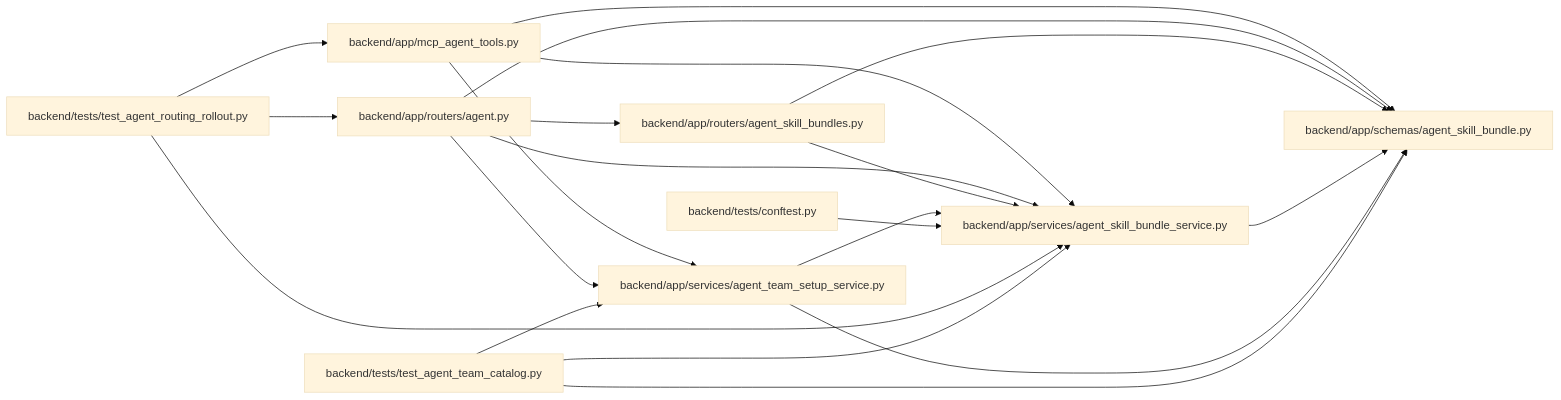
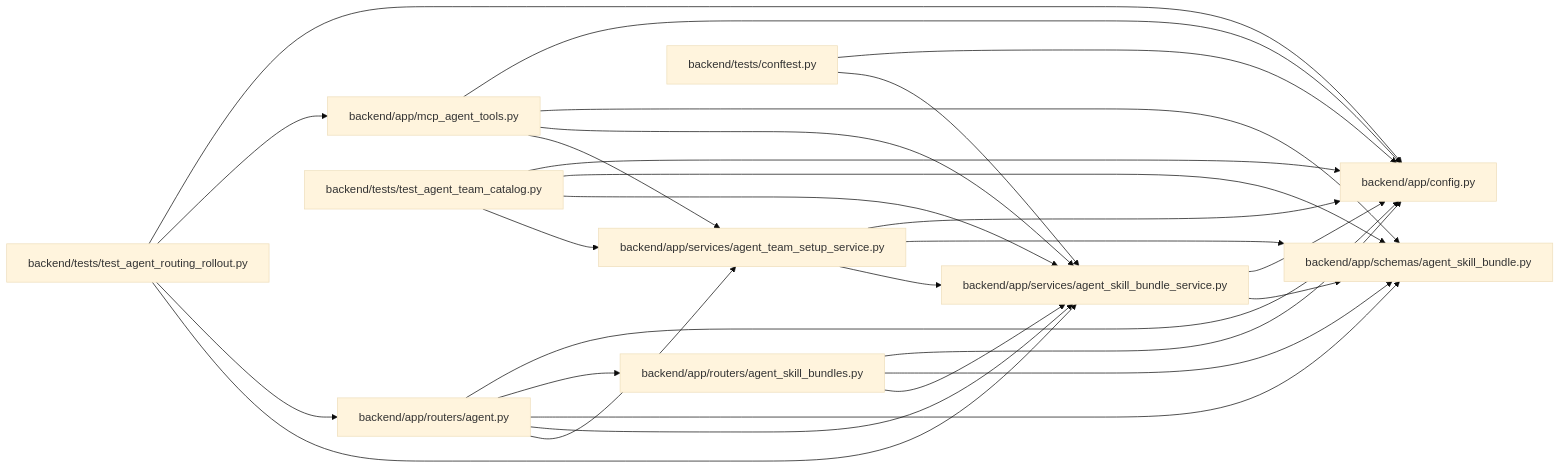
Before and after one commit to Denissvgn/WorkChord: the diagram in docs/llm_wiki/modules/agent_skill_bundle_service.md, drawn with Mermaid (base theme). The commit also changed other lines of this file and 25171 other files, not shown here.

````diff
--- a/docs/llm_wiki/modules/agent_skill_bundle_service.md
+++ b/docs/llm_wiki/modules/agent_skill_bundle_service.md
@@ -36,40 +37,50 @@
 ```mermaid
 flowchart LR
-    n0["backend/app/mcp_agent_tools.py"]
-    n1["backend/app/routers/agent.py"]
-    n2["backend/app/routers/agent_skill_bundles.py"]
-    n3["backend/app/schemas/agent_skill_bundle.py"]
-    n4["backend/app/services/agent_skill_bundle_service.py"]
-    n5["backend/app/services/agent_team_setup_service.py"]
-    n6["backend/tests/conftest.py"]
-    n7["backend/tests/test_agent_routing_rollout.py"]
-    n8["backend/tests/test_agent_team_catalog.py"]
-    n0 --> n3
-    n0 --> n4
-    n0 --> n5
-    n1 --> n2
-    n1 --> n3
+    n0["backend/app/config.py"]
+    n1["backend/app/mcp_agent_tools.py"]
+    n2["backend/app/routers/agent.py"]
+    n3["backend/app/routers/agent_skill_bundles.py"]
+    n4["backend/app/schemas/agent_skill_bundle.py"]
+    n5["backend/app/services/agent_skill_bundle_service.py"]
+    n6["backend/app/services/agent_team_setup_service.py"]
+    n7["backend/tests/conftest.py"]
+    n8["backend/tests/test_agent_routing_rollout.py"]
+    n9["backend/tests/test_agent_team_catalog.py"]
+    n1 --> n0
     n1 --> n4
     n1 --> n5
+    n1 --> n6
+    n2 --> n0
     n2 --> n3
     n2 --> n4
-    n4 --> n3
-    n5 --> n3
+    n2 --> n5
+    n2 --> n6
+    n3 --> n0
+    n3 --> n4
+    n3 --> n5
+    n5 --> n0
     n5 --> n4
+    n6 --> n0
     n6 --> n4
+    n6 --> n5
     n7 --> n0
-    n7 --> n1
-    n7 --> n4
-    n8 --> n3
-    n8 --> n4
+    n7 --> n5
+    n8 --> n0
+    n8 --> n1
+    n8 --> n2
     n8 --> n5
-    click n0 "../modules/mcp_agent_tools.md"
-    click n1 "../modules/routers_agent.md"
-    click n2 "../modules/agent_skill_bundles.md"
-    click n3 "../modules/agent_skill_bundle.md"
-    click n4 "../modules/agent_skill_bundle_service.md"
-    click n5 "../modules/agent_team_setup_service.md"
-    click n6 "../modules/conftest.md"
-    click n7 "../modules/test_agent_routing_rollout.md"
-    click n8 "../modules/test_agent_team_catalog.md"
+    n9 --> n0
+    n9 --> n4
+    n9 --> n5
+    n9 --> n6
+    click n0 "../modules/config.md"
+    click n1 "../modules/mcp_agent_tools.md"
+    click n2 "../modules/routers_agent.md"
+    click n3 "../modules/agent_skill_bundles.md"
+    click n4 "../modules/agent_skill_bundle.md"
+    click n5 "../modules/agent_skill_bundle_service.md"
+    click n6 "../modules/agent_team_setup_service.md"
+    click n7 "../modules/conftest.md"
+    click n8 "../modules/test_agent_routing_rollout.md"
+    click n9 "../modules/test_agent_team_catalog.md"
 ```
````
